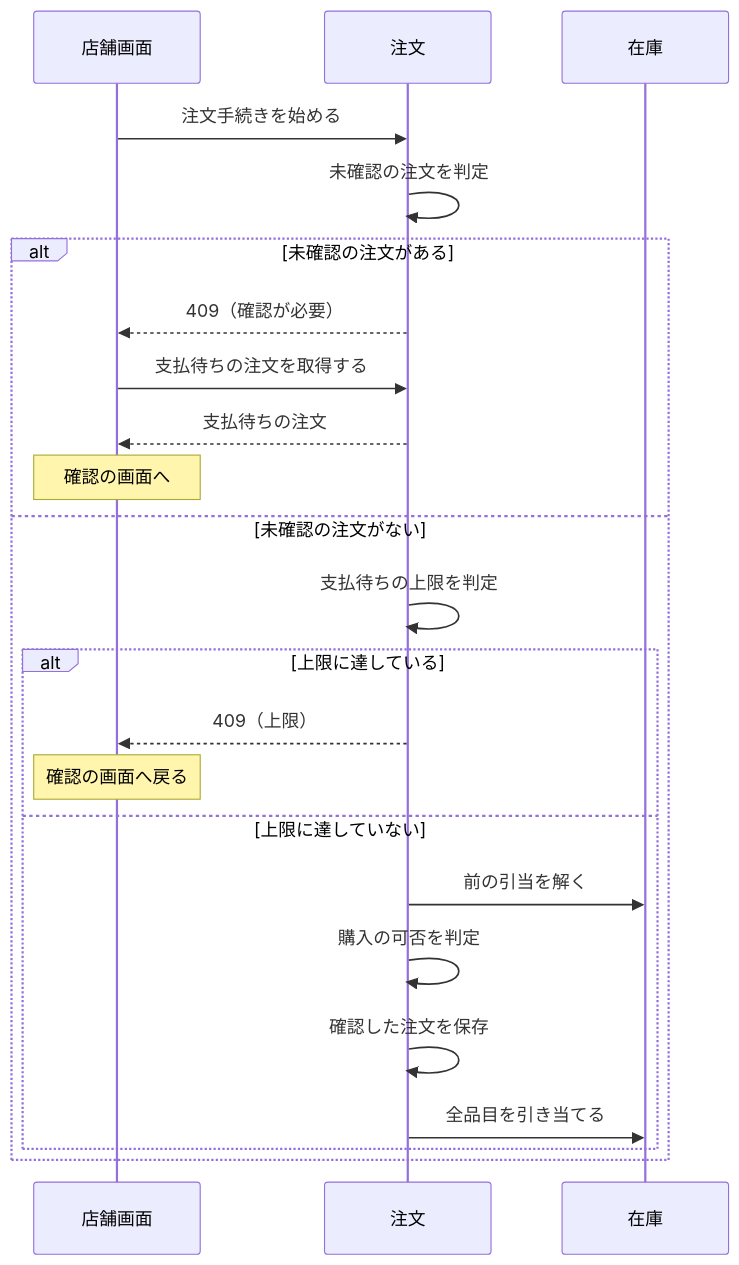
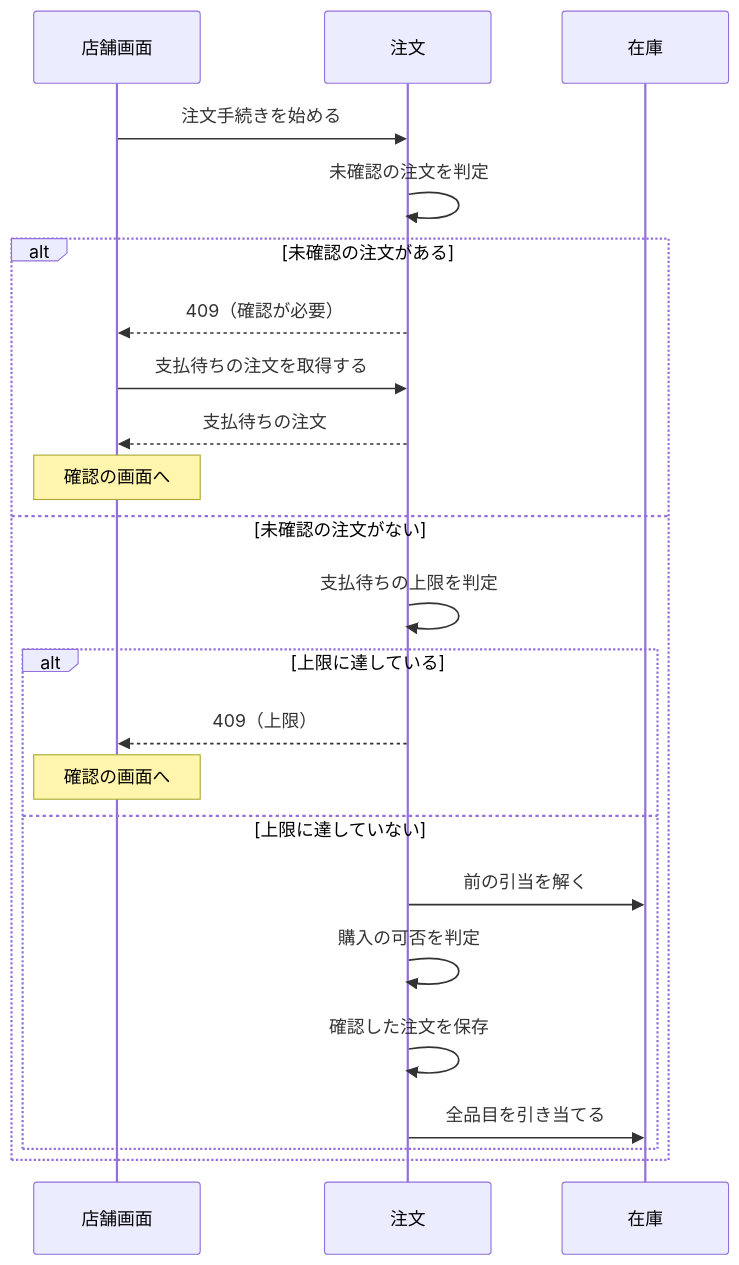
One commit to roger88106/ec-site changed the first of 4 diagrams in docs/02-設計/order.md. Above: the diagram before and after it, drawn with Mermaid. The commit also changed other lines of this file and 4 other files, not shown here.

````diff
--- a/docs/02-設計/order.md
+++ b/docs/02-設計/order.md
@@ -37,25 +37,25 @@
 ```mermaid
 sequenceDiagram
     participant U as 店舗画面
     participant O as 注文
     participant I as 在庫
     U->>O: 注文手続きを始める
     O->>O: 未確認の注文を判定
     alt 未確認の注文がある
         O-->>U: 409（確認が必要）
         U->>O: 支払待ちの注文を取得する
         O-->>U: 支払待ちの注文
         Note over U: 確認の画面へ
     else 未確認の注文がない
         O->>O: 支払待ちの上限を判定
         alt 上限に達している
             O-->>U: 409（上限）
-            Note over U: 確認の画面へ戻る
+            Note over U: 確認の画面へ
         else 上限に達していない
             O->>I: 前の引当を解く
             O->>O: 購入の可否を判定
             O->>O: 確認した注文を保存
             O->>I: 全品目を引き当てる
         end
     end
 ```
````
